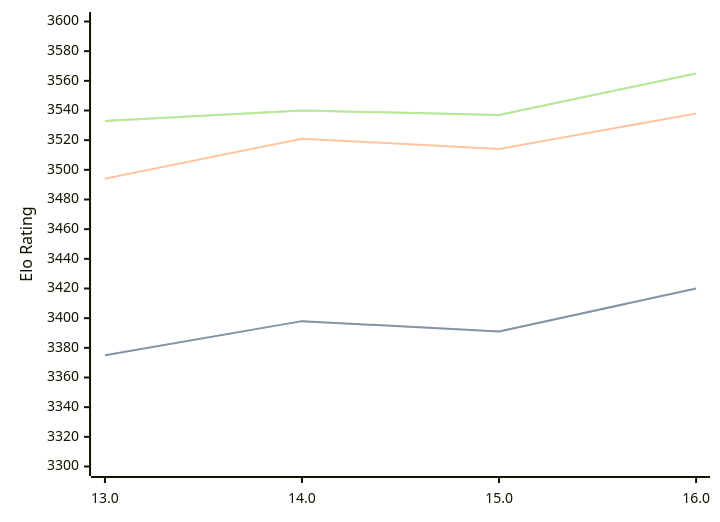
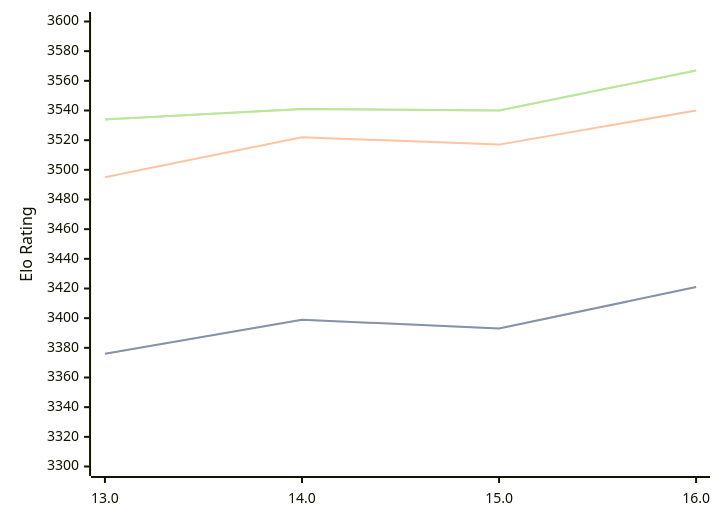
The diagram in engines/Obsidian.md (computer-chess-index/cci), drawn with Mermaid before and after one commit. The commit also changed other lines of this file, not shown here.

Commit message:
Update CCI Ratings (ELO VLTC) - 2026-06-11

````diff
--- a/engines/Obsidian.md
+++ b/engines/Obsidian.md
@@ -43,11 +43,11 @@
 ```mermaid
 %%{init: {"theme":"base","themeVariables":{"seriesColors:['#a3a3a3','#222221','#faa371']}}}%%
 xychart-beta
   x-axis ["13.0", "14.0", "15.0", "16.0"]
   y-axis "Elo Rating" 3300 --> 3600
-  line "STC (8.0+0.08s)" [3375, 3398, 3391, 3420]
-  line "STC (8.0+0.08s)" [3375, 3398, 3391, 3420]
-  line "LTC (60.0+0.60s)" [3494, 3521, 3514, 3538]
-  line "VLTC (2m24s+1.12s)" [3533, 3540, 3537, 3565]
-  line "VLTC (2m24s+1.12s)" [3533, 3540, 3537, 3565]
+  line "STC (8.0+0.08s)" [3376, 3399, 3393, 3421]
+  line "STC (8.0+0.08s)" [3376, 3399, 3393, 3421]
+  line "LTC (60.0+0.60s)" [3495, 3522, 3517, 3540]
+  line "VLTC (2m24s+1.12s)" [3534, 3541, 3540, 3567]
+  line "VLTC (2m24s+1.12s)" [3534, 3541, 3540, 3567]
 ```
````
